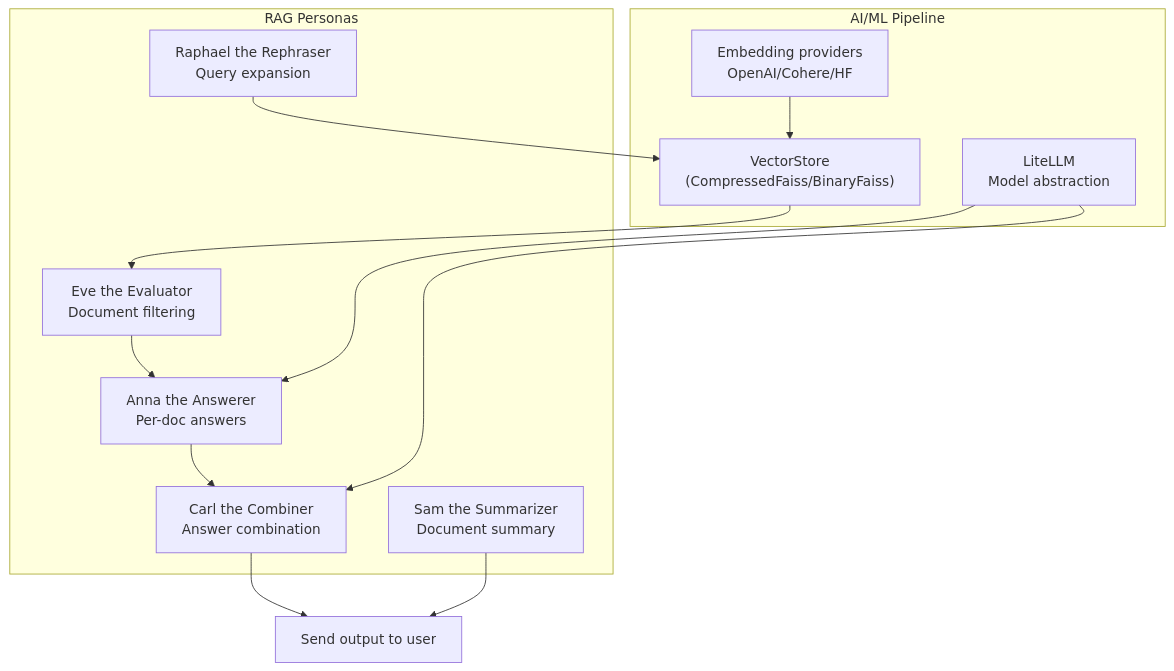
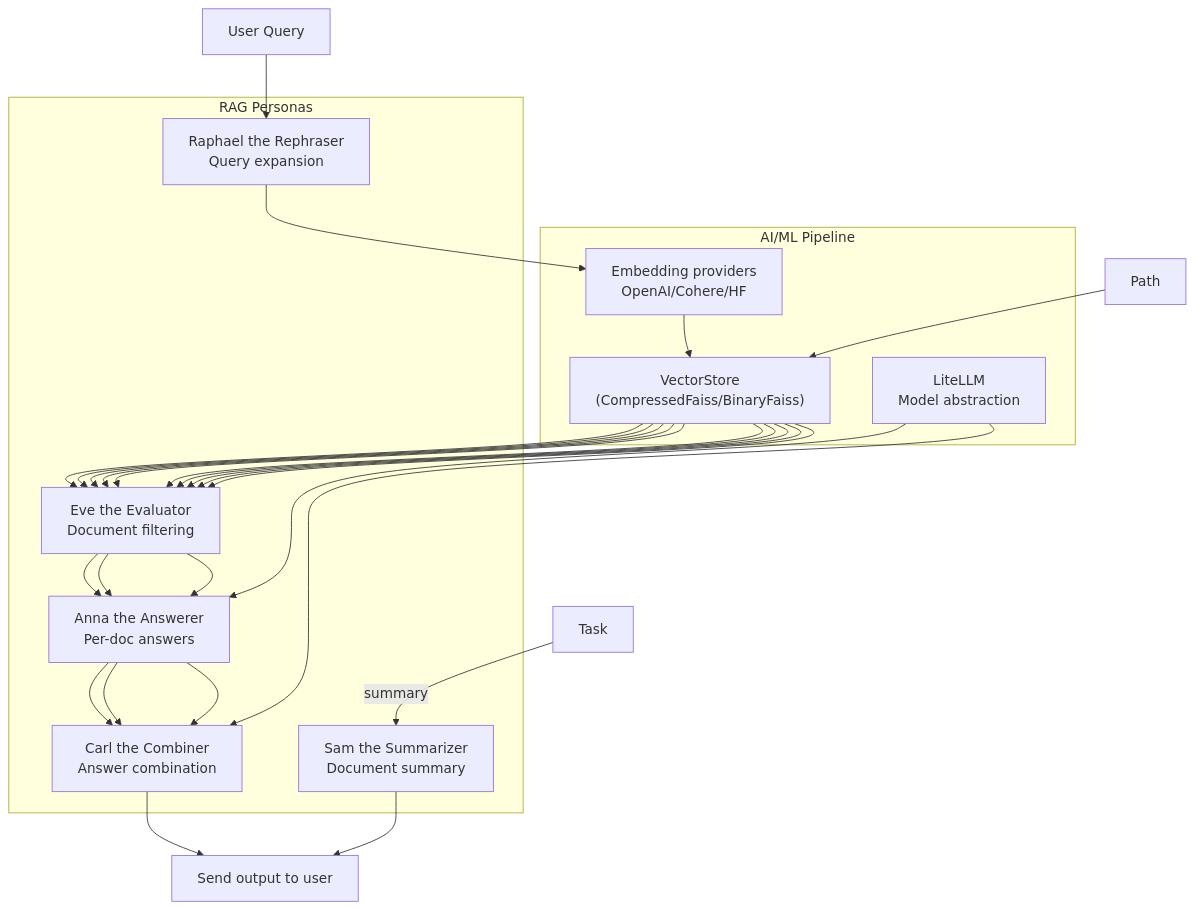
One commit to thiswillbeyourgithub/wdoc changed the diagram in images/diagram.mmd. Above: the diagram before and after it, drawn with Mermaid.

Commit message:
feat: add Task, UserQuery, and Path nodes with updated connections in AI/ML pipeline diagram

```diff
--- a/images/diagram.mmd
+++ b/images/diagram.mmd
@@ -1,27 +1,51 @@
 flowchart TD
+    Task["Task"]
+    UserQuery["User Query"]
+    Path["Path"]
+
     subgraph AIMLPipeline["AI/ML Pipeline"]
         Embeddings["Embedding providers<br/>OpenAI/Cohere/HF"]
         VectorStore["VectorStore<br/>(CompressedFaiss/BinaryFaiss)"]
         LLM["LiteLLM<br/>Model abstraction"]
 
         Embeddings --> VectorStore
     end
 
     subgraph RAGPersonas["RAG Personas"]
         Raphael["Raphael the Rephraser<br/>Query expansion"]
         Sam["Sam the Summarizer<br/>Document summary"]
         Eve["Eve the Evaluator<br/>Document filtering"]
         Anna["Anna the Answerer<br/>Per-doc answers"]
         Carl["Carl the Combiner<br/>Answer combination"]
     end
 
-    Raphael --> VectorStore
+    Path --> VectorStore
+    UserQuery --> Raphael
+    Raphael --> Embeddings
+    
     VectorStore --> Eve
+    VectorStore --> Eve
+    VectorStore --> Eve
+    VectorStore --> Eve
+    VectorStore --> Eve
+    VectorStore --> Eve
+    VectorStore --> Eve
+    VectorStore --> Eve
+    VectorStore --> Eve
+    VectorStore --> Eve
+    
     Eve --> Anna
+    Eve --> Anna
+    Eve --> Anna
+    
+    Anna --> Carl
+    Anna --> Carl
     Anna --> Carl
     LLM --> Anna
     LLM --> Carl
 
     Output["Send output to user"]
     Carl --> Output
+    
+    Task -->|summary| Sam
     Sam --> Output
```
